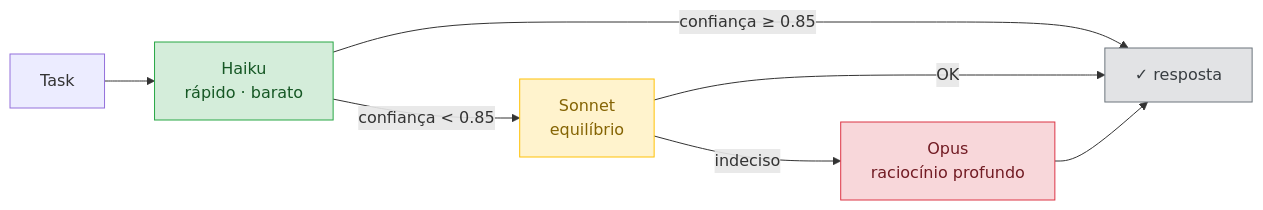
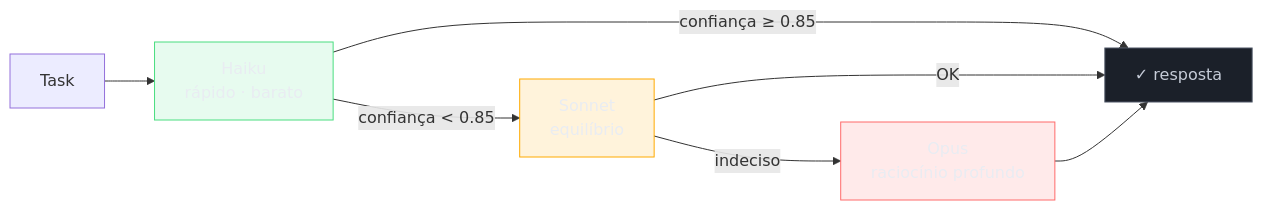
The diagram in 03-Dominios/Tecnologia/IA/Ferramentas de IA/Claude.md (josenaldo/codex-technomanticus), drawn with Mermaid before and after one commit. The commit also changed 1181 other files, not shown here.

First line of the commit message:
fix(diagramas): paleta do sistema no lugar de cor cravada no markdown

````diff
--- a/03-Dominios/Tecnologia/IA/Ferramentas de IA/Claude.md
+++ b/03-Dominios/Tecnologia/IA/Ferramentas de IA/Claude.md
@@ -100,14 +100,18 @@
 ```mermaid
 flowchart LR
+    classDef ok fill:#4ADE8021,stroke:#4ADE80,color:#E9ECF2
+    classDef destaque fill:#FFAA0024,stroke:#FFAA00,color:#E9ECF2
+    classDef falha fill:#FF6B6B24,stroke:#FF6B6B,color:#E9ECF2
+    classDef neutro fill:#1B2029,stroke:#4E5666,color:#C6CCD8
     T[Task] --> H[Haiku\nrápido · barato]
     H -->|confiança ≥ 0.85| OK[✓ resposta]
     H -->|confiança < 0.85| S[Sonnet\nequilíbrio]
     S -->|OK| OK
     S -->|indeciso| O[Opus\nraciocínio profundo]
     O --> OK
 
-    style H fill:#d4edda,stroke:#28a745,color:#155724
-    style S fill:#fff3cd,stroke:#ffc107,color:#856404
-    style O fill:#f8d7da,stroke:#dc3545,color:#721c24
-    style OK fill:#e2e3e5,stroke:#6c757d,color:#383d41
+    class H ok
+    class S destaque
+    class O falha
+    class OK neutro
 ```
````
